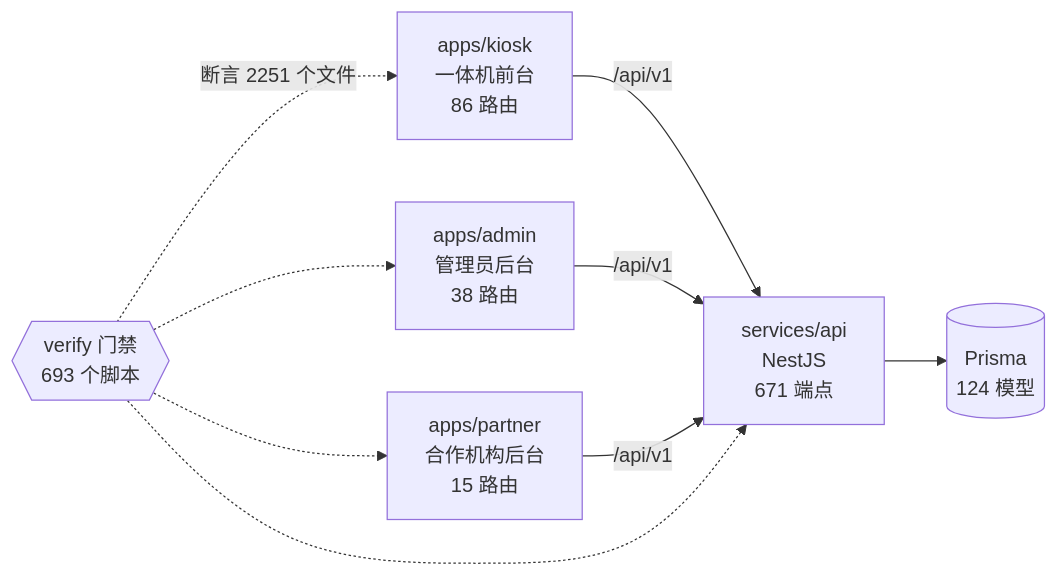
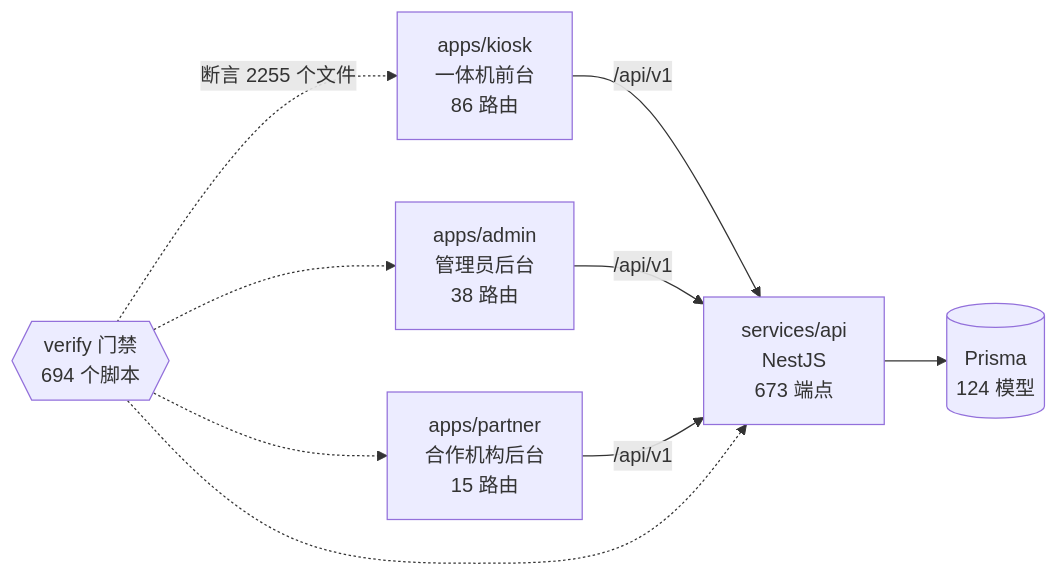
The diagram in docs/graph/README.md (wanglei581/YITIJI), drawn with Mermaid before and after one commit. The commit also changed other lines of this file and 5 other files, not shown here.

Commit message:
进度与图谱：S15d 复印材料包只读列表和扫描开关提示

````diff
--- a/docs/graph/README.md
+++ b/docs/graph/README.md
@@ -68,18 +68,18 @@
 ```mermaid
 flowchart LR
   kiosk["apps/kiosk<br/>一体机前台<br/>86 路由"]
   admin["apps/admin<br/>管理员后台<br/>38 路由"]
   partner["apps/partner<br/>合作机构后台<br/>15 路由"]
-  api["services/api<br/>NestJS<br/>671 端点"]
+  api["services/api<br/>NestJS<br/>673 端点"]
   db[("Prisma<br/>124 模型")]
-  gates{{"verify 门禁<br/>693 个脚本"}}
+  gates{{"verify 门禁<br/>694 个脚本"}}
 
   kiosk -->|"/api/v1"| api
   admin -->|"/api/v1"| api
   partner -->|"/api/v1"| api
   api --> db
-  gates -.->|"断言 2251 个文件"| kiosk
+  gates -.->|"断言 2255 个文件"| kiosk
   gates -.-> admin
   gates -.-> partner
   gates -.-> api
 ```
````
